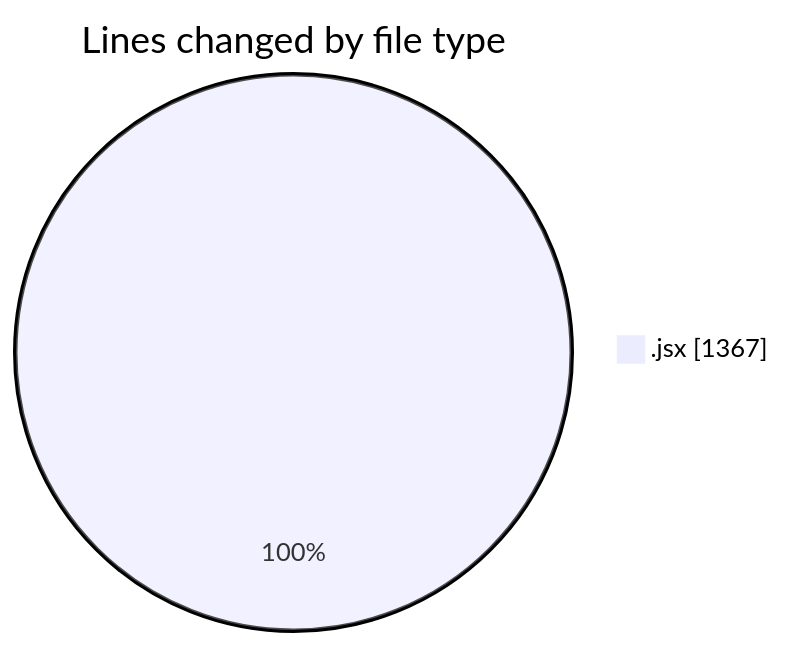
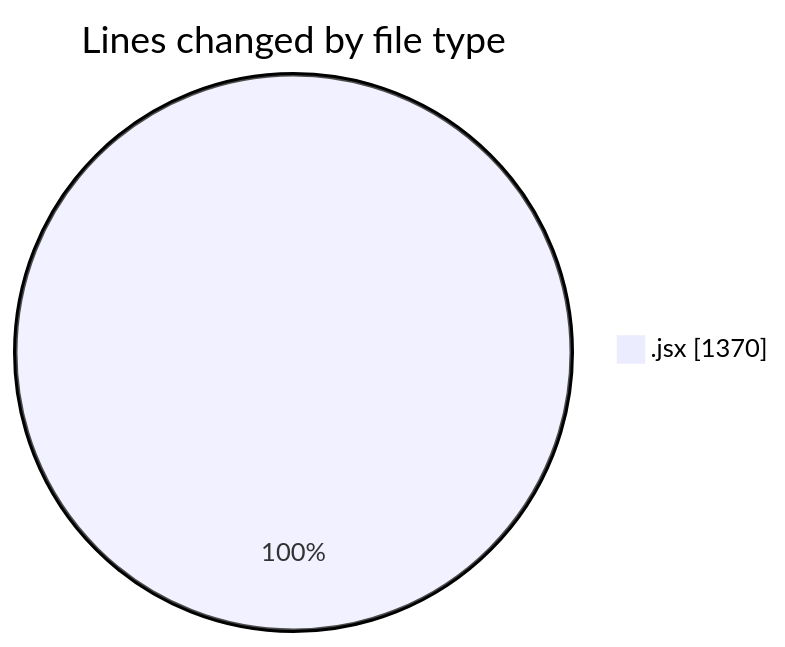
Before and after one commit to nxtqubesakshisongat/code-tracking: the first of 2 diagrams in 2025-11-17/nxtqube_webapp/README.md, drawn with Mermaid. The commit also changed other lines of this file and 1 other file, not shown here.

````diff
--- a/2025-11-17/nxtqube_webapp/README.md
+++ b/2025-11-17/nxtqube_webapp/README.md
@@ -20,5 +20,5 @@
 ```mermaid
 pie showData
 title Lines changed by file type
-".jsx" : 1367
+".jsx" : 1370
 ```
````
